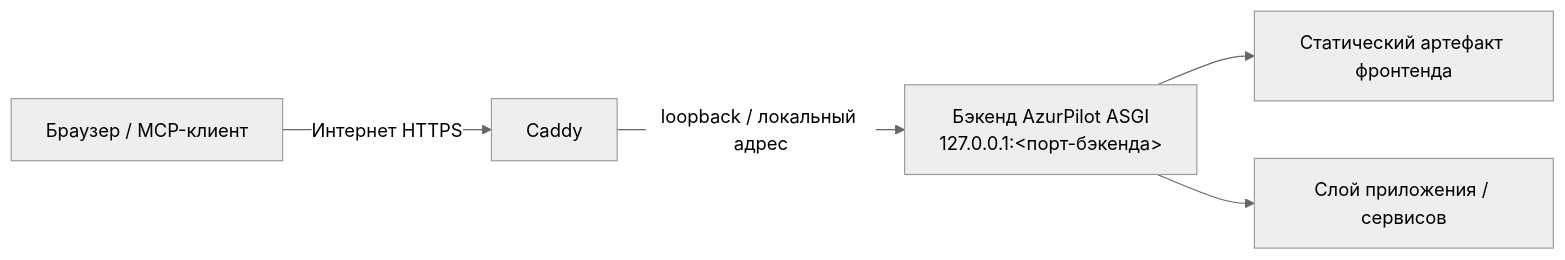
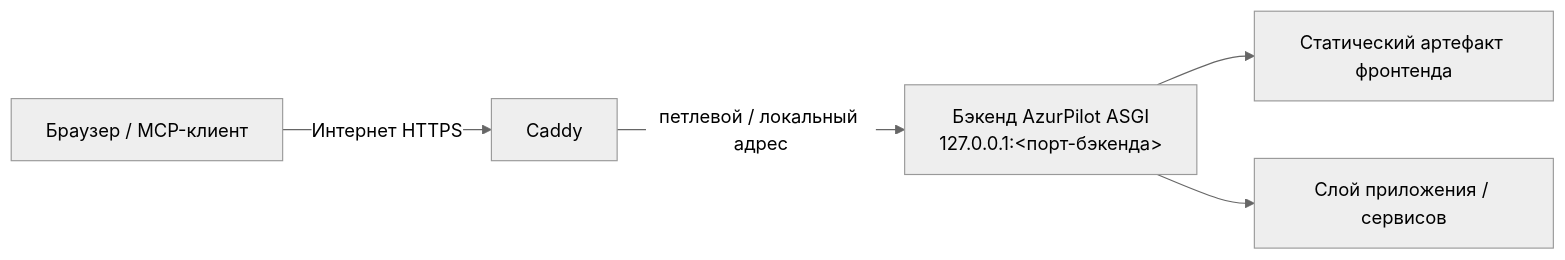
One commit to AliceLiddell01/AzurPilot-Web changed the third of 3 diagrams in docs/architecture/ARCHITECTURE.md. Above: the diagram before and after it, drawn with Mermaid (neutral theme). The commit also changed other lines of this file, not shown here.

````diff
--- a/docs/architecture/ARCHITECTURE.md
+++ b/docs/architecture/ARCHITECTURE.md
@@ -233,7 +233,7 @@
 ```mermaid
 flowchart LR
     Client[Браузер / MCP-клиент] -->|Интернет HTTPS| Edge[Caddy]
-    Edge -->|loopback / локальный адрес| Backend[Бэкенд AzurPilot ASGI\n127.0.0.1:<порт-бэкенда>]
+    Edge -->|петлевой / локальный адрес| Backend[Бэкенд AzurPilot ASGI\n127.0.0.1:<порт-бэкенда>]
     Backend --> Static[Статический артефакт фронтенда]
     Backend --> Services[Слой приложения / сервисов]
 ```
````
